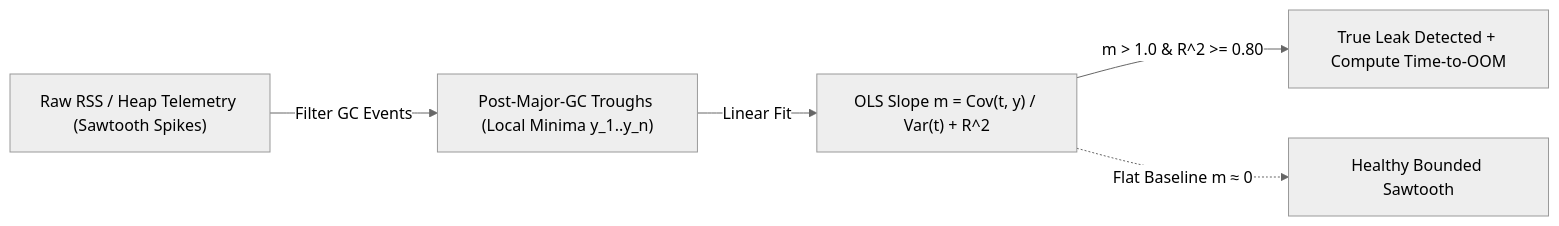
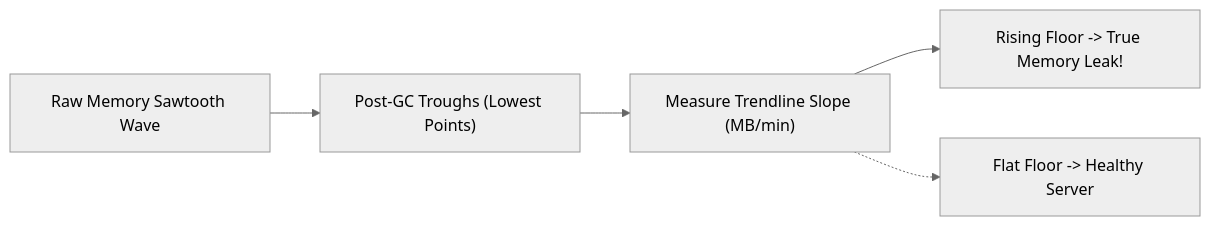
One commit to manjunathk833/codingforinterviews changed the diagram in knowledgebase/core-cs/01-os-virtual-memory-gc-and-fd-leaks.md. Above: the diagram before and after it, drawn with Mermaid (neutral theme). The commit also changed other lines of this file and 55 other files, not shown here.

````diff
--- a/knowledgebase/core-cs/01-os-virtual-memory-gc-and-fd-leaks.md
+++ b/knowledgebase/core-cs/01-os-virtual-memory-gc-and-fd-leaks.md
@@ -67,7 +92,7 @@
 ```mermaid
 flowchart LR
-  Raw["Raw RSS / Heap Telemetry (Sawtooth Spikes)"] -->|Filter GC Events| Troughs["Post-Major-GC Troughs (Local Minima y_1..y_n)"]
-  Troughs -->|Linear Fit| OLS["OLS Slope m = Cov(t, y) / Var(t) + R^2"]
-  OLS -->|m > 1.0 & R^2 >= 0.80| Leak["True Leak Detected + Compute Time-to-OOM"]
-  OLS -.->|Flat Baseline m ≈ 0| Healthy["Healthy Bounded Sawtooth"]
+  Raw["Raw Memory Sawtooth Wave"] --> Troughs["Post-GC Troughs (Lowest Points)"]
+  Troughs --> Fit["Measure Trendline Slope (MB/min)"]
+  Fit --> Leak["Rising Floor -> True Memory Leak!"]
+  Fit -.-> Flat["Flat Floor -> Healthy Server"]
 ```
````
